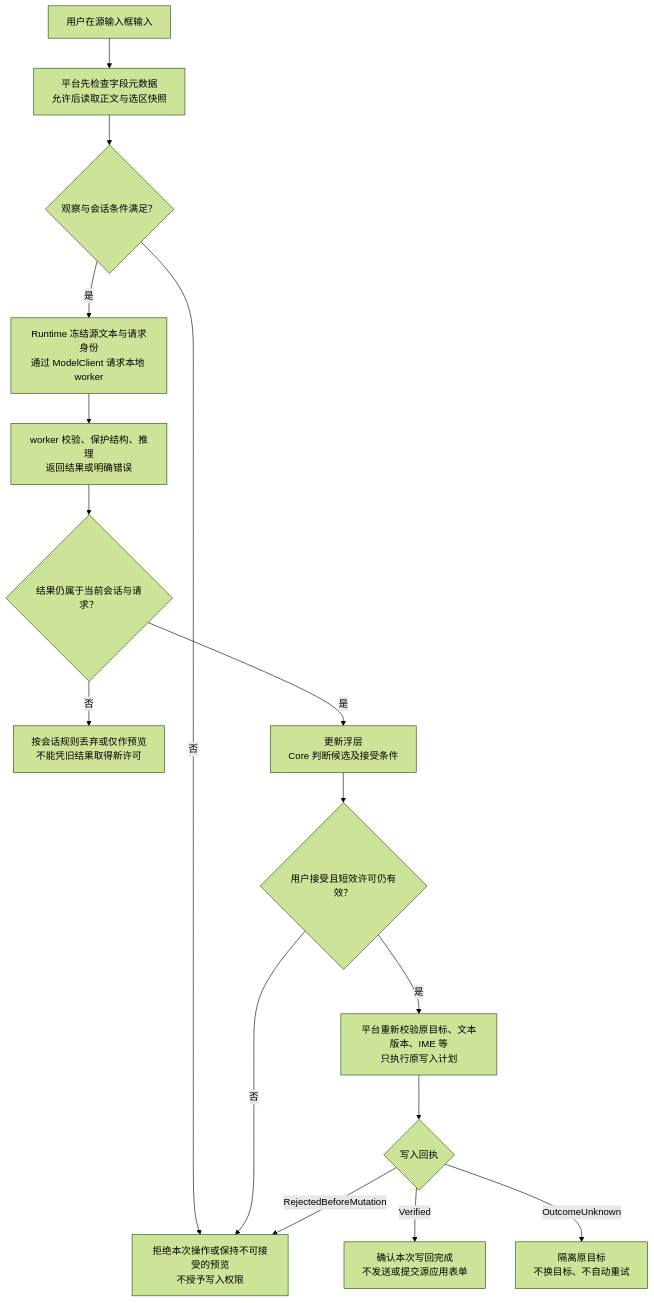
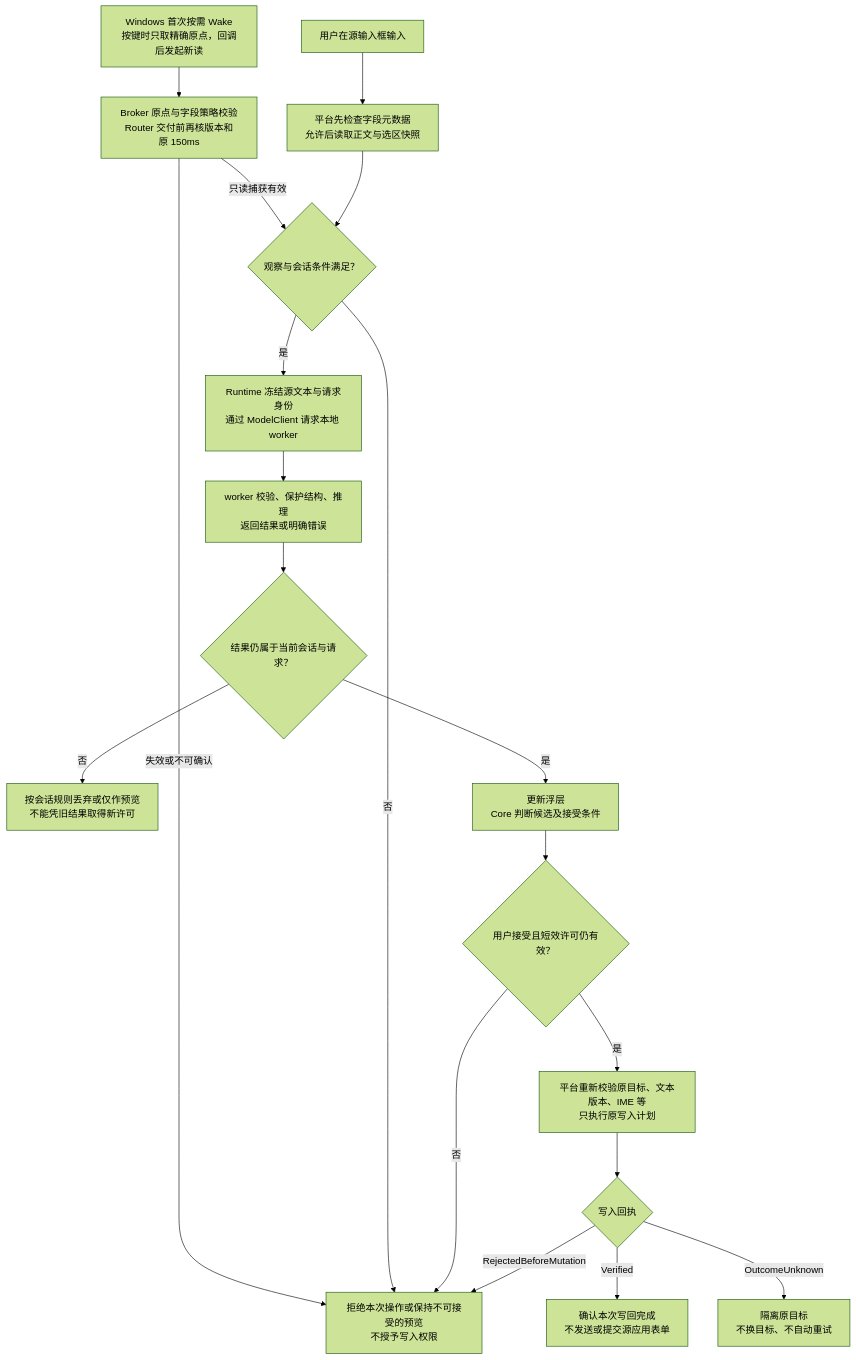
Before and after one commit to DingJWuyu/Typelay: the third of 3 diagrams in docs/engineering/architecture.md, drawn with Mermaid (forest theme). The commit also changed other lines of this file and 24 other files, not shown here.

````diff
--- a/docs/engineering/architecture.md
+++ b/docs/engineering/architecture.md
@@ -81,18 +81,21 @@
 ```mermaid
 flowchart TD
     A["用户在源输入框输入"] --> B["平台先检查字段元数据<br/>允许后读取正文与选区快照"]
+    W["Windows 首次按需 Wake<br/>按键时只取精确原点，回调后发起新读"] --> R["Broker 原点与字段策略校验<br/>Router 交付前再核版本和原 150ms"]
+    R -->|只读捕获有效| C
+    R -->|失效或不可确认| N
     B --> C{观察与会话条件满足？}
     C -->|否| N["拒绝本次操作或保持不可接受的预览<br/>不授予写入权限"]
     C -->|是| D["Runtime 冻结源文本与请求身份<br/>通过 ModelClient 请求本地 worker"]
     D --> E["worker 校验、保护结构、推理<br/>返回结果或明确错误"]
     E --> F{结果仍属于当前会话与请求？}
     F -->|否| X["按会话规则丢弃或仅作预览<br/>不能凭旧结果取得新许可"]
     F -->|是| G["更新浮层<br/>Core 判断候选及接受条件"]
     G --> H{用户接受且短效许可仍有效？}
     H -->|否| N
     H -->|是| I["平台重新校验原目标、文本版本、IME 等<br/>只执行原写入计划"]
     I --> J{写入回执}
     J -->|Verified| K["确认本次写回完成<br/>不发送或提交源应用表单"]
     J -->|RejectedBeforeMutation| N
     J -->|OutcomeUnknown| U["隔离原目标<br/>不换目标、不自动重试"]
 ```
````
